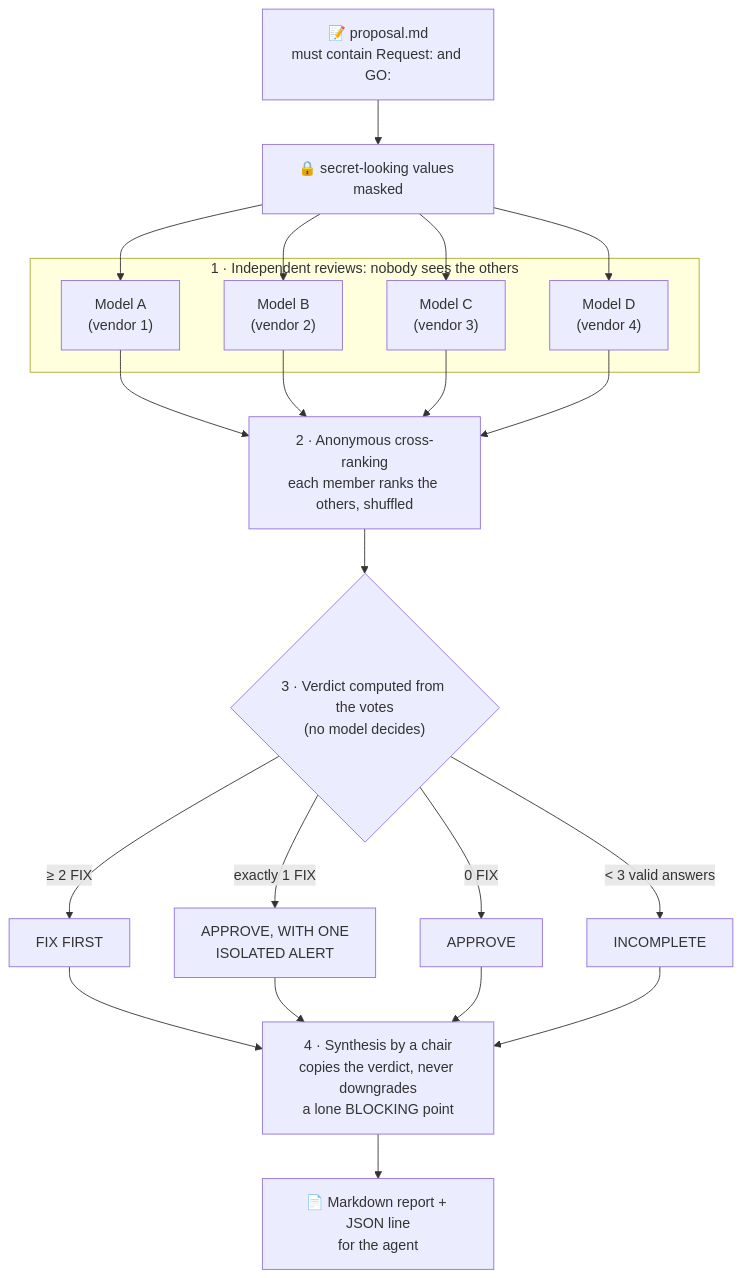
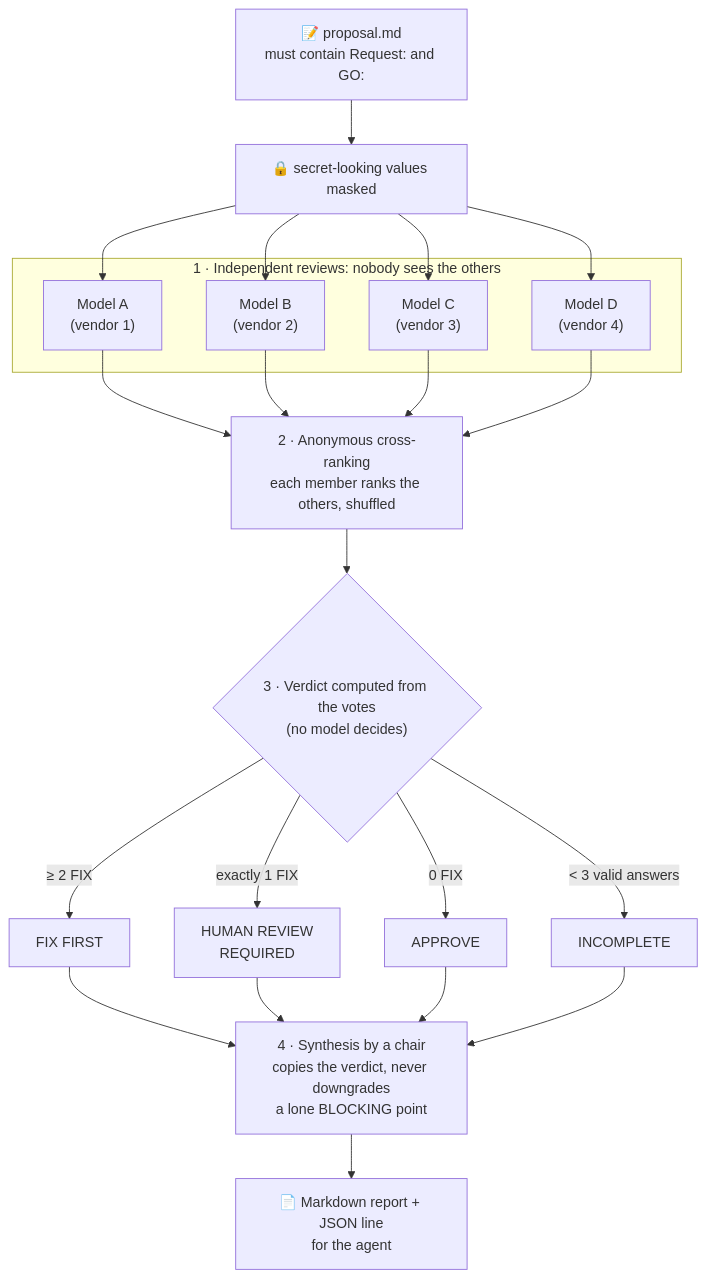
Before and after one commit to renocz/agent-ops-guardrails: the diagram in council/README.md, drawn with Mermaid. The commit also changed other lines of this file and 21 other files, not shown here.

````diff
--- a/council/README.md
+++ b/council/README.md
@@ -15,16 +15,16 @@
 ```mermaid
 flowchart TD
     P["📝 proposal.md<br/>must contain Request: and GO:"] --> M["🔒 secret-looking values masked"]
     M --> R1["Model A<br/>(vendor 1)"] & R2["Model B<br/>(vendor 2)"] & R3["Model C<br/>(vendor 3)"] & R4["Model D<br/>(vendor 4)"]
     subgraph S1 ["1 · Independent reviews: nobody sees the others"]
         R1 & R2 & R3 & R4
     end
     R1 & R2 & R3 & R4 --> X["2 · Anonymous cross-ranking<br/>each member ranks the others, shuffled"]
     X --> V{"3 · Verdict computed from the votes<br/>(no model decides)"}
     V -->|"≥ 2 FIX"| F["FIX FIRST"]
-    V -->|"exactly 1 FIX"| I["APPROVE, WITH ONE<br/>ISOLATED ALERT"]
+    V -->|"exactly 1 FIX"| I["HUMAN REVIEW<br/>REQUIRED"]
     V -->|"0 FIX"| OK["APPROVE"]
     V -->|"< 3 valid answers"| N["INCOMPLETE"]
     F & I & OK & N --> Y["4 · Synthesis by a chair<br/>copies the verdict, never downgrades<br/>a lone BLOCKING point"]
     Y --> O["📄 Markdown report + JSON line<br/>for the agent"]
 ```
````
